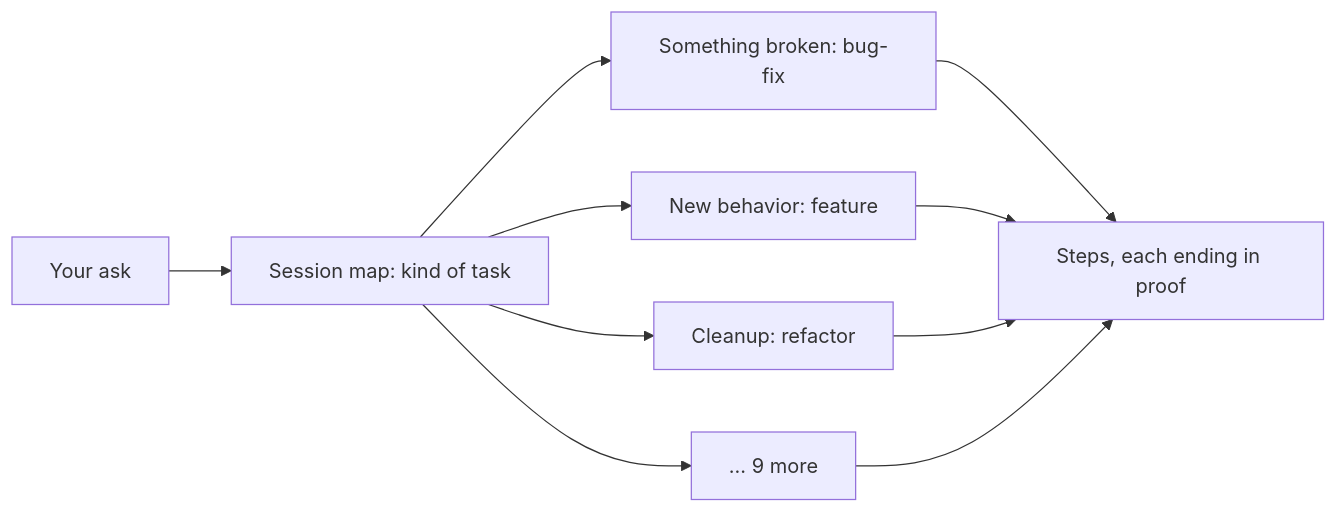
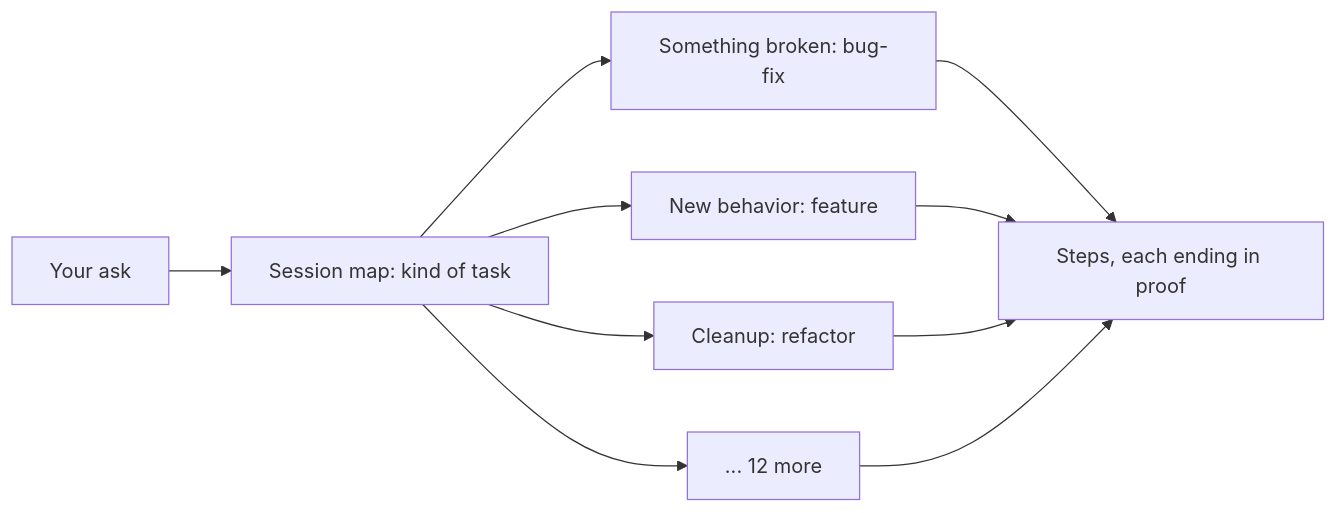
The diagram in docs/concepts/playbooks.md (aloki-alok/kagestack), drawn with Mermaid before and after one commit. The commit also changed 5 other files, not shown here.

````diff
--- a/docs/concepts/playbooks.md
+++ b/docs/concepts/playbooks.md
@@ -1,12 +1,12 @@
 ```mermaid
 flowchart LR
   ASK["Your ask"]:::you --> MAP["Session map: kind of task"]
   MAP --> BUG["Something broken: bug-fix"]
   MAP --> FEAT["New behavior: feature"]
   MAP --> REF["Cleanup: refactor"]
-  MAP --> MORE["... 9 more"]
+  MAP --> MORE["... 12 more"]
   BUG --> STEPS["Steps, each ending in proof"]:::check
   FEAT --> STEPS
   REF --> STEPS
   MORE --> STEPS
 ```
````
